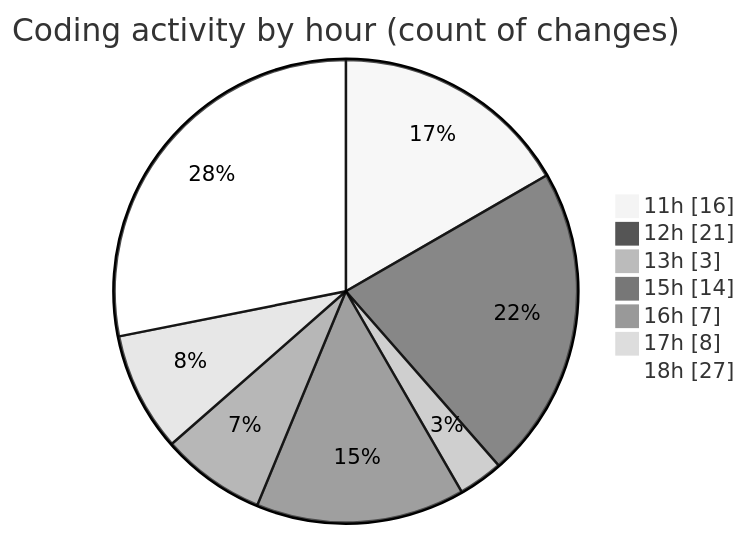
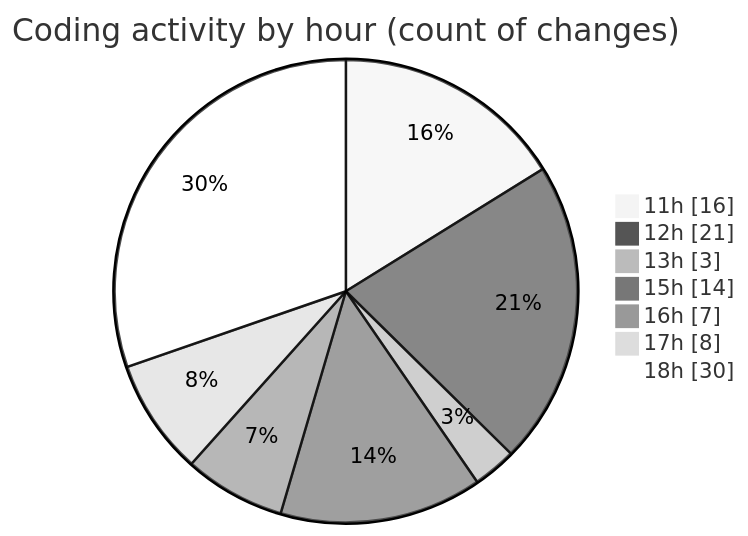
Before and after one commit to nxtqubesakshisongat/code-tracking: the second of 2 diagrams in 2025-09-30/nxtqube_webapp/README.md, drawn with Mermaid (neutral theme). The commit also changed other lines of this file and 1 other file, not shown here.

````diff
--- a/2025-09-30/nxtqube_webapp/README.md
+++ b/2025-09-30/nxtqube_webapp/README.md
@@ -34,11 +34,11 @@
 ```mermaid
 pie showData
 title Coding activity by hour (count of changes)
 "11h" : 16
 "12h" : 21
 "13h" : 3
 "15h" : 14
 "16h" : 7
 "17h" : 8
-"18h" : 27
+"18h" : 30
 ```
````
